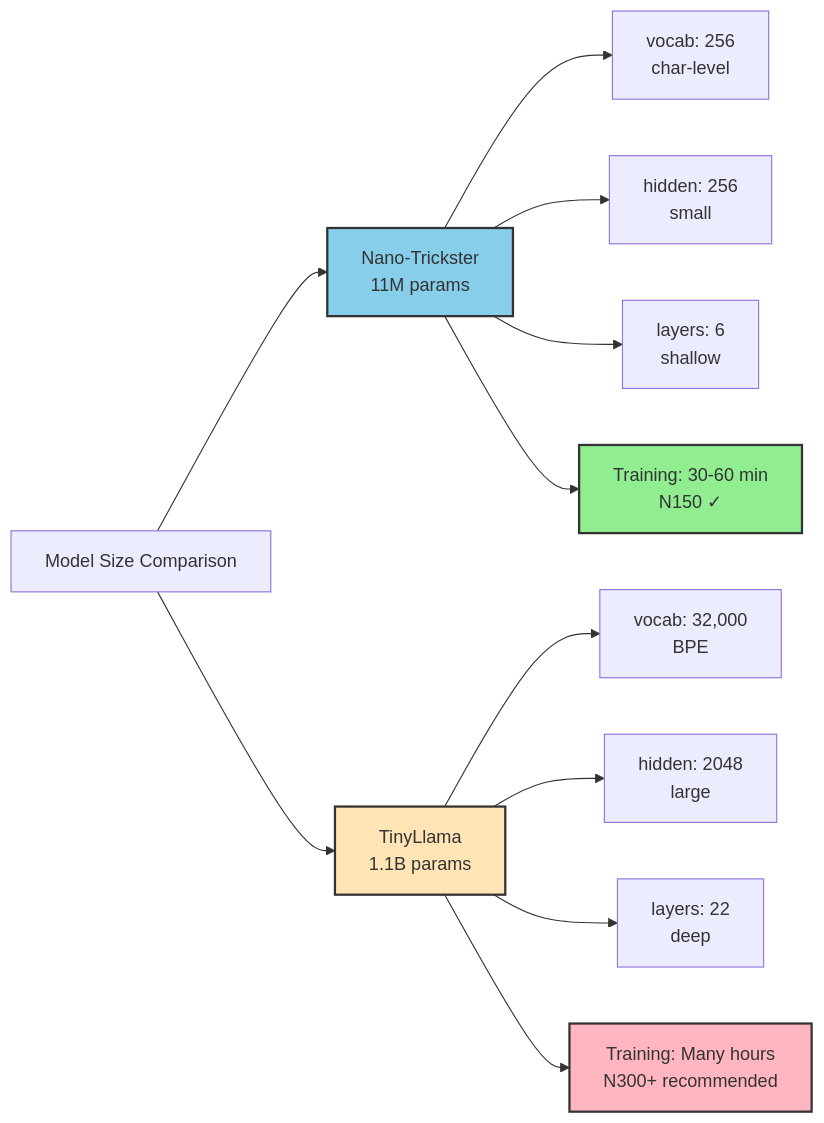
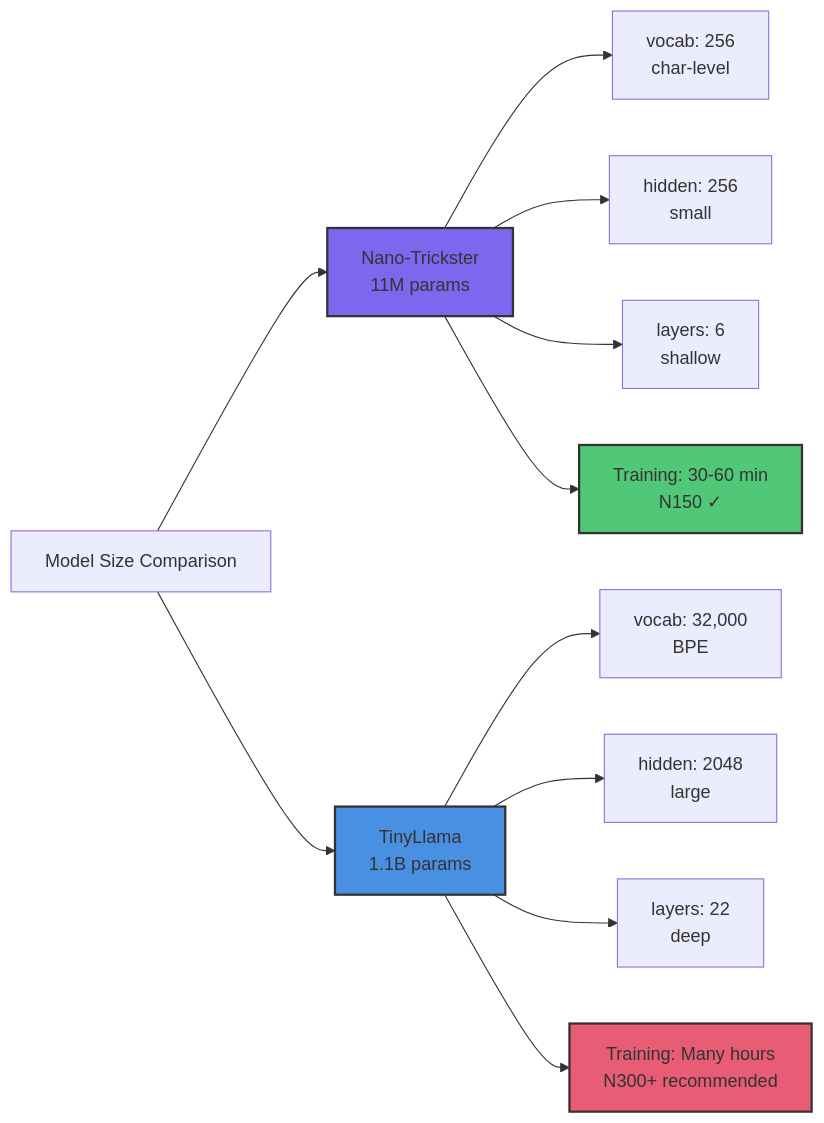
The eighth of 13 diagrams in content/lessons/ct7-architecture-basics.md (tenstorrent/tt-vscode-toolkit), drawn with Mermaid before and after one commit. The commit also changed other lines of this file and 9 other files, not shown here.

````diff
--- a/content/lessons/ct7-architecture-basics.md
+++ b/content/lessons/ct7-architecture-basics.md
@@ -512,20 +512,20 @@
 ```mermaid
 graph LR
     A[Model Size Comparison] --> B[Nano-Trickster<br/>11M params]
     A --> C[TinyLlama<br/>1.1B params]
 
     B --> B1[vocab: 256<br/>char-level]
     B --> B2[hidden: 256<br/>small]
     B --> B3[layers: 6<br/>shallow]
     B --> B4[Training: 30-60 min<br/>N150 ✓]
 
     C --> C1[vocab: 32,000<br/>BPE]
     C --> C2[hidden: 2048<br/>large]
     C --> C3[layers: 22<br/>deep]
     C --> C4[Training: Many hours<br/>N300+ recommended]
 
-    style B fill:#87CEEB,stroke:#333,stroke-width:2px
-    style C fill:#FFE4B5,stroke:#333,stroke-width:2px
-    style B4 fill:#90EE90,stroke:#333,stroke-width:2px
-    style C4 fill:#FFB6C1,stroke:#333,stroke-width:2px
+    style B fill:#7B68EE,stroke:#333,stroke-width:2px
+    style C fill:#4A90E2,stroke:#333,stroke-width:2px
+    style B4 fill:#50C878,stroke:#333,stroke-width:2px
+    style C4 fill:#E85D75,stroke:#333,stroke-width:2px
 ```
````
